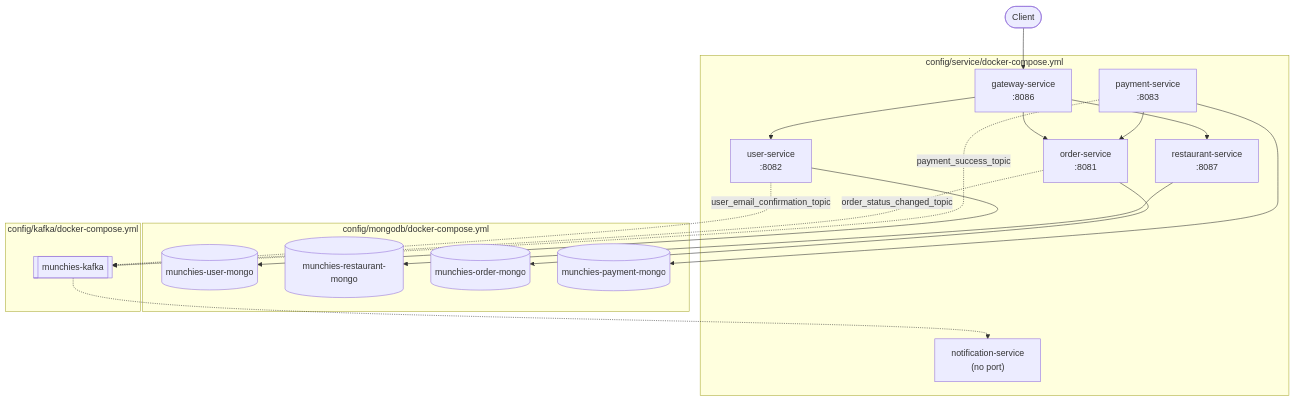
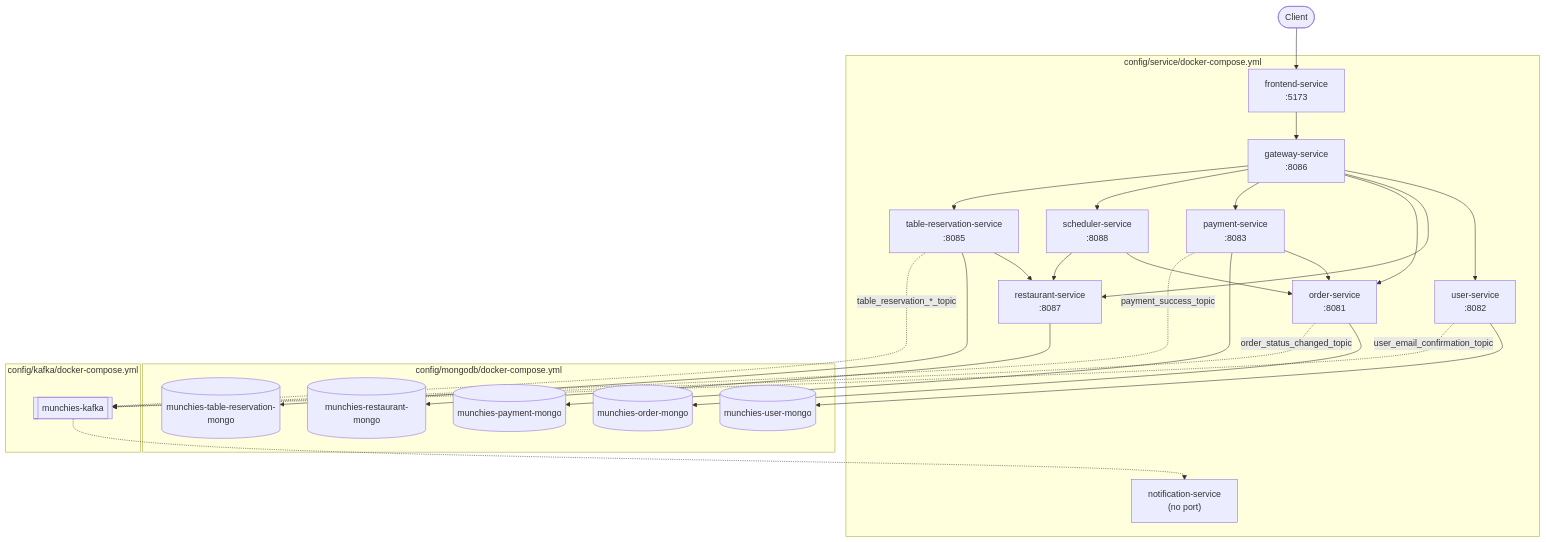
The diagram in docs/reports/saap/03-Deployment/docker-compose.md (Norby99/munchies), drawn with Mermaid before and after one commit. The commit also changed other lines of this file and 16 other files, not shown here.

````diff
--- a/docs/reports/saap/03-Deployment/docker-compose.md
+++ b/docs/reports/saap/03-Deployment/docker-compose.md
@@ -34,36 +34,49 @@
 ```mermaid
 flowchart TB
     subgraph svc["config/service/docker-compose.yml"]
+        frontend["frontend-service<br/>:5173"]
         gateway["gateway-service<br/>:8086"]
         user["user-service<br/>:8082"]
         restaurant["restaurant-service<br/>:8087"]
         order["order-service<br/>:8081"]
         payment["payment-service<br/>:8083"]
+        scheduler["scheduler-service<br/>:8088"]
+        reservation["table-reservation-service<br/>:8085"]
         notification["notification-service<br/>(no port)"]
     end
 
     subgraph db["config/mongodb/docker-compose.yml"]
         umongo[("munchies-user-mongo")]
         rmongo[("munchies-restaurant-mongo")]
         omongo[("munchies-order-mongo")]
         pmongo[("munchies-payment-mongo")]
+        tmongo[("munchies-table-reservation-mongo")]
     end
 
     subgraph kafka_file["config/kafka/docker-compose.yml"]
         kafka[["munchies-kafka"]]
     end
 
-    client(["Client"]) --> gateway
+    client(["Client"]) --> frontend
+    frontend --> gateway
     gateway --> user
     gateway --> restaurant
     gateway --> order
+    gateway --> payment
+    gateway --> scheduler
+    gateway --> reservation
     payment --> order
+    scheduler --> order
+    scheduler --> restaurant
+    reservation --> restaurant
     user --> umongo
     restaurant --> rmongo
     order --> omongo
     payment --> pmongo
+    reservation --> tmongo
     user -.->|user_email_confirmation_topic| kafka
     order -.->|order_status_changed_topic| kafka
     payment -.->|payment_success_topic| kafka
+    reservation -.->|table_reservation_*_topic| kafka
     kafka -.-> notification
 ```
````
